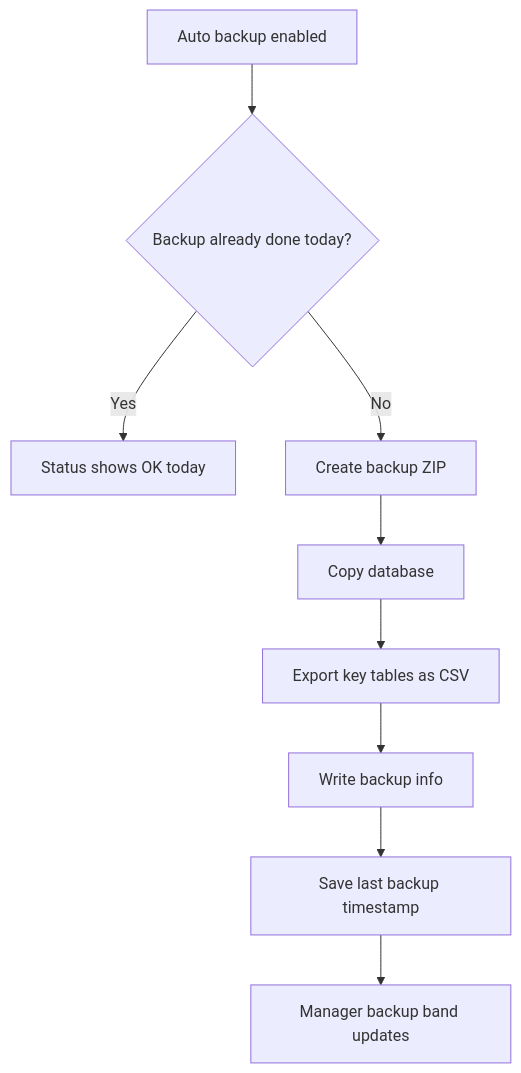
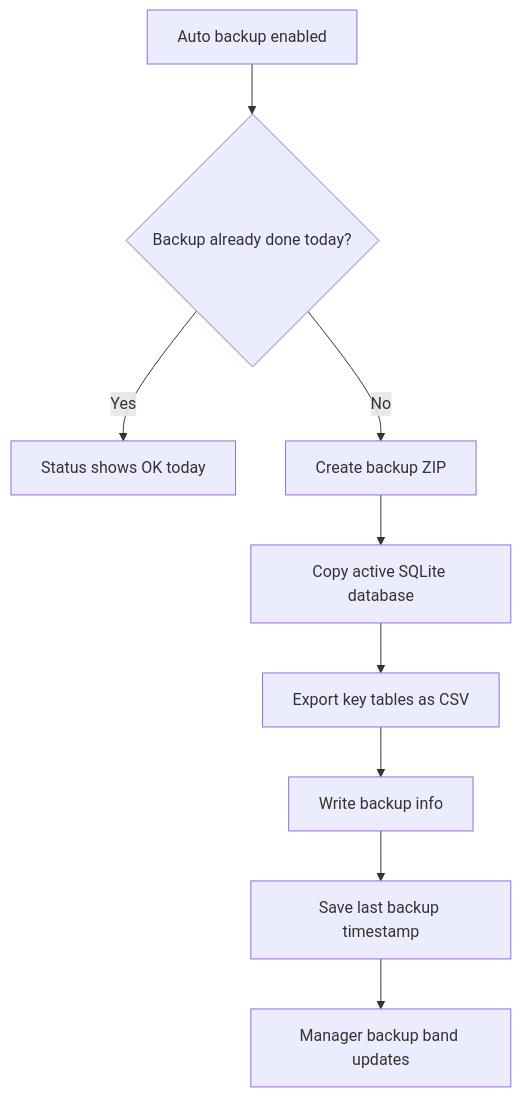
Before and after one commit to rice2k/macys-ap-accountability-system: the fourth of 4 diagrams in docs/HOW_IT_WORKS.md, drawn with Mermaid. The commit also changed other lines of this file and 39 other files, not shown here.

````diff
--- a/docs/HOW_IT_WORKS.md
+++ b/docs/HOW_IT_WORKS.md
@@ -38,11 +80,11 @@
 ```mermaid
 flowchart TD
     A["Auto backup enabled"] --> B{"Backup already done today?"}
     B -->|Yes| C["Status shows OK today"]
     B -->|No| D["Create backup ZIP"]
-    D --> E["Copy database"]
+    D --> E["Copy active SQLite database"]
     E --> F["Export key tables as CSV"]
     F --> G["Write backup info"]
     G --> H["Save last backup timestamp"]
     H --> I["Manager backup band updates"]
 ```
````
